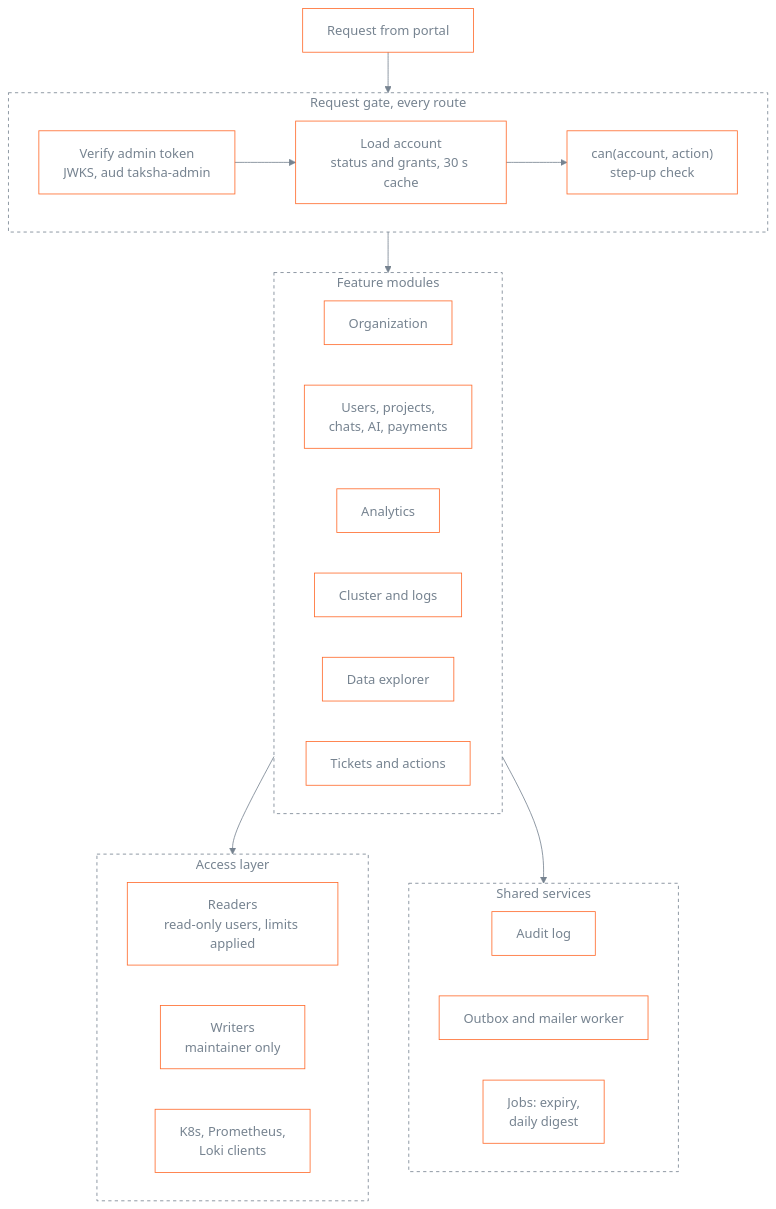
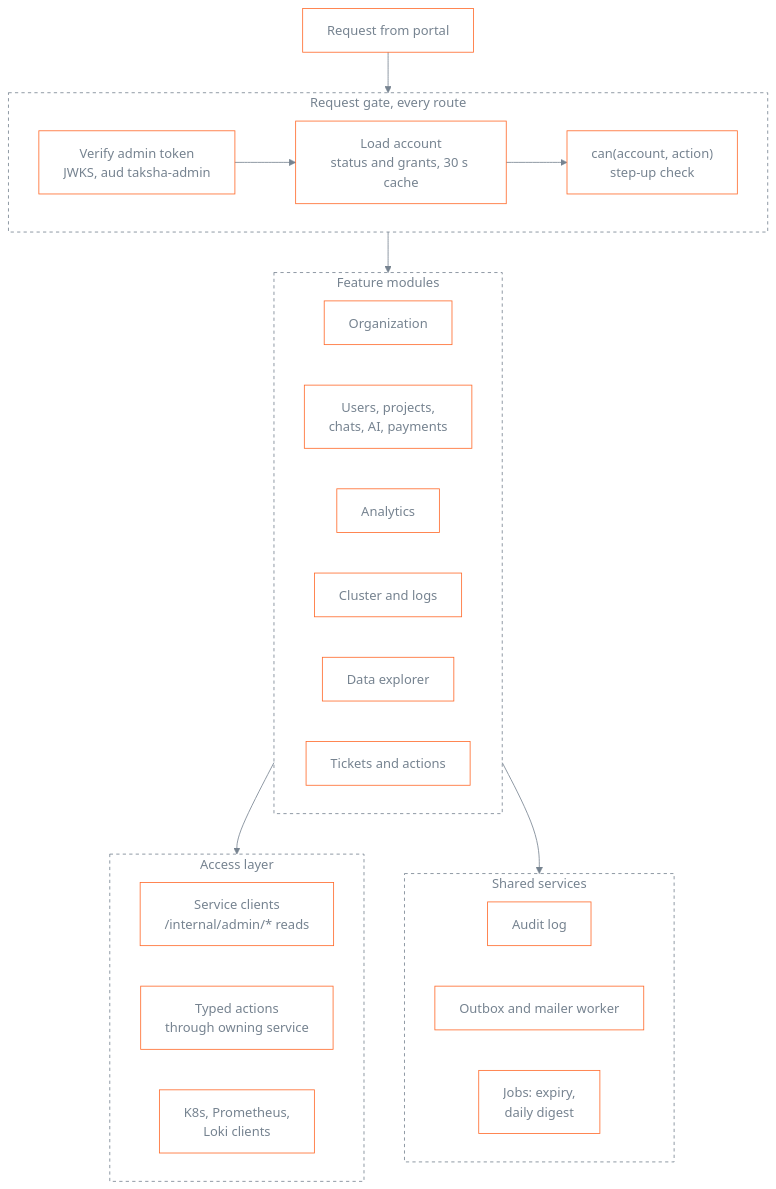
The third of 10 diagrams in docs/plans/admin-platform-hld.md (Sahil-coder-30/Capstone), drawn with Mermaid before and after one commit. The commit also changed other lines of this file and 12 other files, not shown here.

````diff
--- a/docs/plans/admin-platform-hld.md
+++ b/docs/plans/admin-platform-hld.md
@@ -70,48 +113,48 @@
 ```mermaid
 %%{init: {"theme":"base","themeVariables":{"background":"transparent","primaryColor":"transparent","secondaryColor":"transparent","tertiaryColor":"transparent","mainBkg":"transparent","clusterBkg":"transparent","nodeBorder":"#FF6A2B","primaryBorderColor":"#FF6A2B","clusterBorder":"#768390","lineColor":"#768390","primaryTextColor":"#768390","textColor":"#768390","titleColor":"#768390","edgeLabelBackground":"transparent"},"themeCSS":".edgeLabel, .edgeLabel p, .edgeLabel span, .labelBkg { background-color: transparent !important; }"}}%%
 flowchart TB
     classDef default fill:transparent,stroke:#FF6A2B,color:#768390
 
     REQ[Request from portal]
 
     subgraph Gate[Request gate, every route]
         direction LR
         V[Verify admin token<br/>JWKS, aud taksha-admin]
         L[Load account<br/>status and grants, 30 s cache]
         C["can(account, action)<br/>step-up check"]
         V --> L --> C
     end
 
     subgraph Modules[Feature modules]
         direction LR
         ORG[Organization]
         DATA[Users, projects,<br/>chats, AI, payments]
         AN[Analytics]
         OPS[Cluster and logs]
         EX[Data explorer]
         SUP[Tickets and actions]
     end
 
     subgraph Access[Access layer]
         direction LR
-        RD[Readers<br/>read-only users, limits applied]
-        WR[Writers<br/>maintainer only]
+        RD[Service clients<br/>/internal/admin/* reads]
+        WR[Typed actions<br/>through owning service]
         KC[K8s, Prometheus,<br/>Loki clients]
     end
 
     subgraph Shared[Shared services]
         direction LR
         AU[Audit log]
         OB[Outbox and mailer worker]
         JOBS[Jobs: expiry,<br/>daily digest]
     end
 
     REQ --> Gate --> Modules
     Modules --> Access
     Modules --> Shared
 
     style Gate fill:transparent,stroke:#768390,stroke-dasharray:4 4
     style Modules fill:transparent,stroke:#768390,stroke-dasharray:4 4
     style Access fill:transparent,stroke:#768390,stroke-dasharray:4 4
     style Shared fill:transparent,stroke:#768390,stroke-dasharray:4 4
 ```
````
